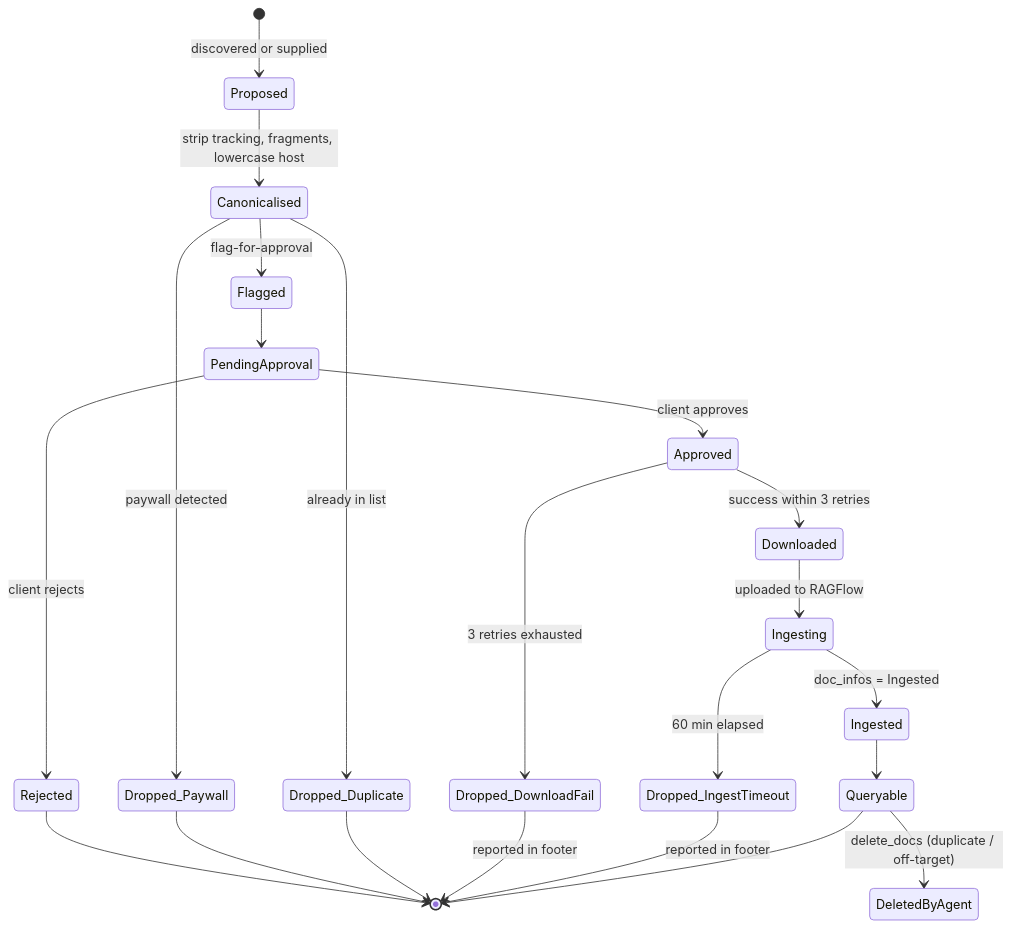
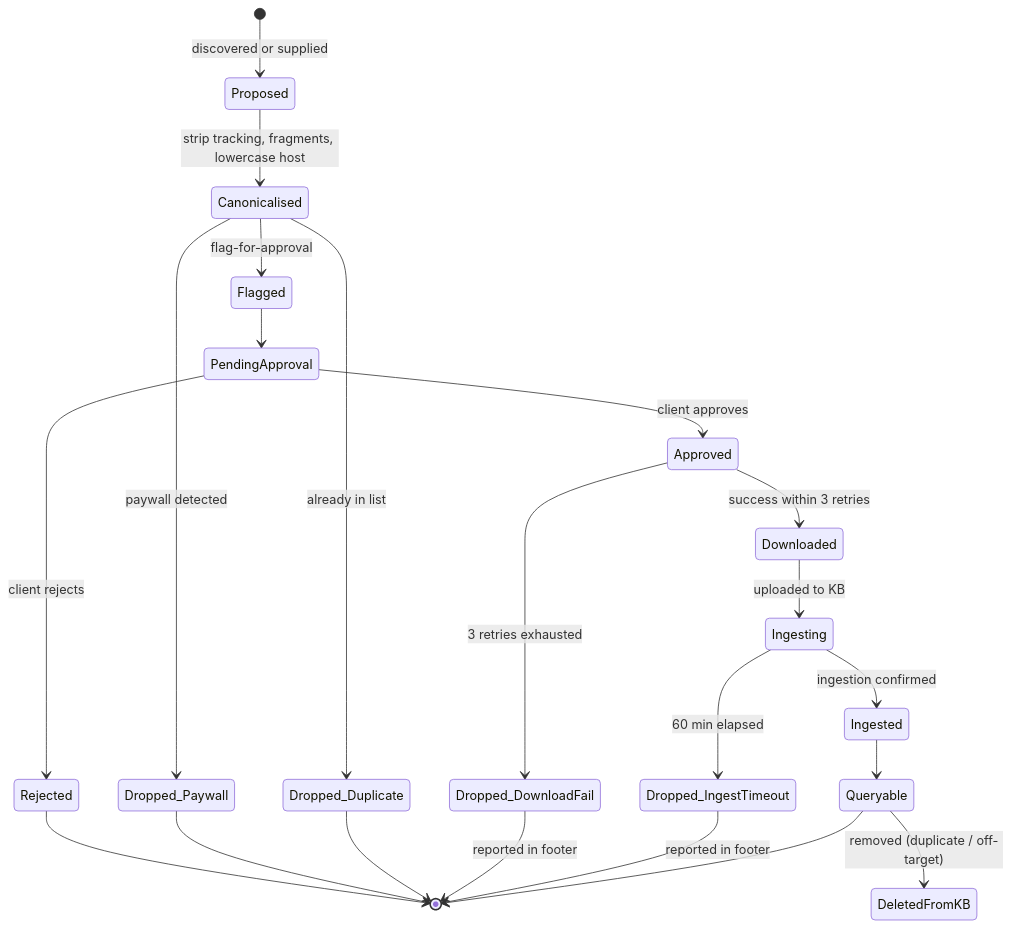
One commit to hazemHany09/stellantis_workflow changed the second of 6 diagrams in business-logic/12-workflow-diagram.md. Above: the diagram before and after it, drawn with Mermaid. The commit also changed other lines of this file and 22 other files, not shown here.

````diff
--- a/business-logic/12-workflow-diagram.md
+++ b/business-logic/12-workflow-diagram.md
@@ -84,24 +84,24 @@
 ```mermaid
 stateDiagram-v2
     [*] --> Proposed: discovered or supplied
     Proposed --> Canonicalised: strip tracking, fragments, lowercase host
     Canonicalised --> Dropped_Paywall: paywall detected
     Canonicalised --> Dropped_Duplicate: already in list
     Canonicalised --> Flagged: flag-for-approval
     Flagged --> PendingApproval
     PendingApproval --> Approved: client approves
     PendingApproval --> Rejected: client rejects
     Approved --> Downloaded: success within 3 retries
     Approved --> Dropped_DownloadFail: 3 retries exhausted
-    Downloaded --> Ingesting: uploaded to RAGFlow
-    Ingesting --> Ingested: doc_infos = Ingested
+    Downloaded --> Ingesting: uploaded to KB
+    Ingesting --> Ingested: ingestion confirmed
     Ingesting --> Dropped_IngestTimeout: 60 min elapsed
     Ingested --> Queryable
-    Queryable --> DeletedByAgent: delete_docs (duplicate / off-target)
+    Queryable --> DeletedFromKB: removed (duplicate / off-target)
     Rejected --> [*]
     Dropped_Paywall --> [*]
     Dropped_Duplicate --> [*]
     Dropped_DownloadFail --> [*]: reported in footer
     Dropped_IngestTimeout --> [*]: reported in footer
     Queryable --> [*]
 ```
````
